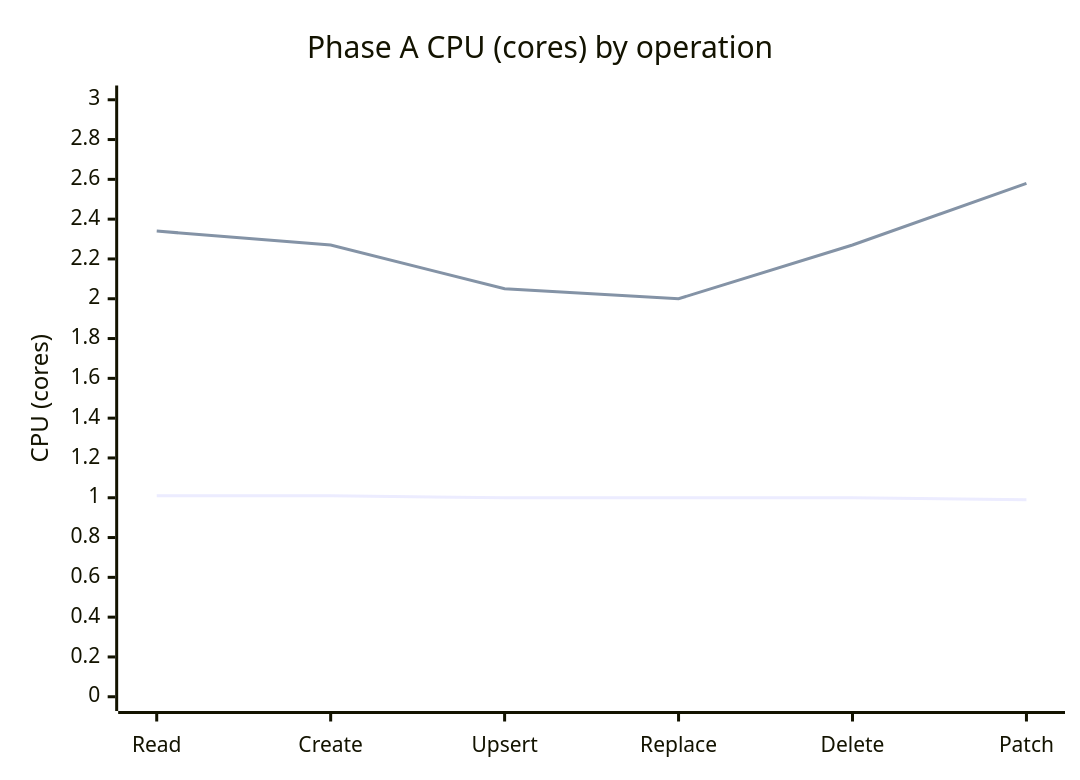
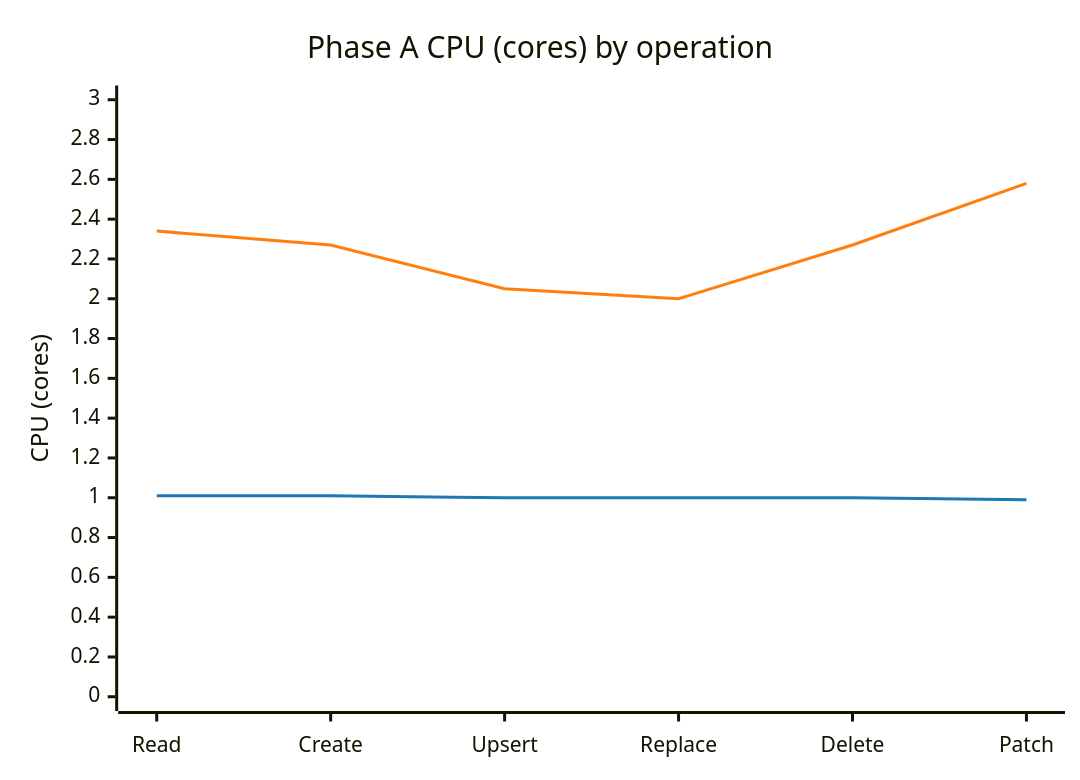
The fourth of 7 diagrams in sdk/cosmos/azure-cosmos/docs/rust-vs-python-perf-drill.md (Azure/azure-sdk-for-python), drawn with Mermaid before and after one commit. The commit also changed other lines of this file and 2 other files, not shown here.

````diff
--- a/sdk/cosmos/azure-cosmos/docs/rust-vs-python-perf-drill.md
+++ b/sdk/cosmos/azure-cosmos/docs/rust-vs-python-perf-drill.md
@@ -185,8 +166,14 @@
 ```mermaid
+---
+config:
+  themeVariables:
+    xyChart:
+      plotColorPalette: "#1f77b4,#ff7f0e"
+---
 xychart-beta
     title "Phase A CPU (cores) by operation"
     x-axis ["Read","Create","Upsert","Replace","Delete","Patch"]
     y-axis "CPU (cores)" 0 --> 3
-    line "Core Python" [1.01,1.01,1.00,1.00,1.00,0.99]
-    line "Rust" [2.34,2.27,2.05,2.00,2.27,2.58]
+    line "Python (core-python)" [1.01,1.01,1.00,1.00,1.00,0.99]
+    line "Rust backend" [2.34,2.27,2.05,2.00,2.27,2.58]
 ```
````
